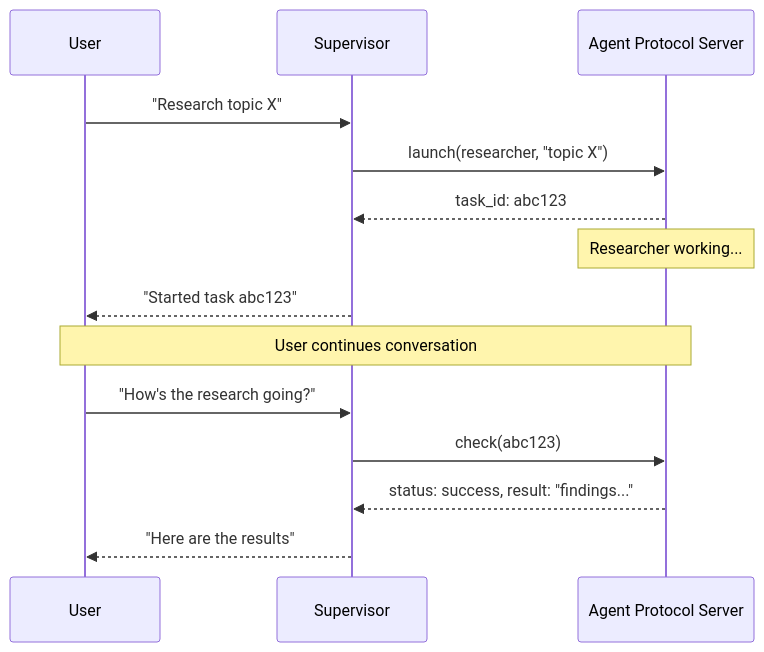
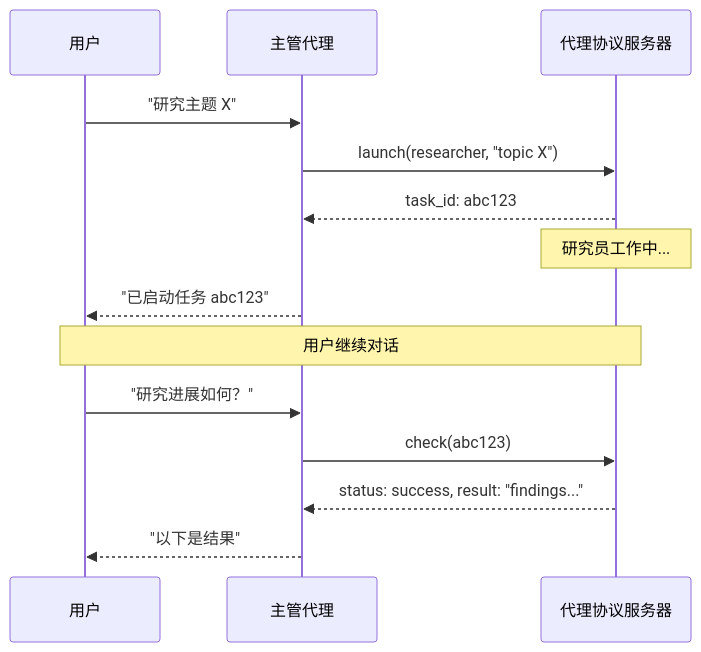
Before and after one commit to kunfan96/cndocs-langchain: the second of 2 diagrams in oss/python/deepagents/async-subagents.mdx, drawn with Mermaid. The commit also changed other lines of this file and 2498 other files, not shown here.

````diff
--- a/oss/python/deepagents/async-subagents.mdx
+++ b/oss/python/deepagents/async-subagents.mdx
@@ -112,21 +112,21 @@
 ```mermaid
 sequenceDiagram
-    participant User
-    participant Supervisor
-    participant Platform as Agent Protocol Server
+    participant User as 用户
+    participant Supervisor as 主管代理
+    participant Platform as 代理协议服务器
 
-    User->>Supervisor: "Research topic X"
+    User->>Supervisor: "研究主题 X"
     Supervisor->>Platform: launch(researcher, "topic X")
     Platform-->>Supervisor: task_id: abc123
 
-    Note over Platform: Researcher working...
+    Note over Platform: 研究员工作中...
 
-    Supervisor-->>User: "Started task abc123"
+    Supervisor-->>User: "已启动任务 abc123"
 
-    Note over User,Platform: User continues conversation
+    Note over User,Platform: 用户继续对话
 
-    User->>Supervisor: "How's the research going?"
+    User->>Supervisor: "研究进展如何？"
     Supervisor->>Platform: check(abc123)
     Platform-->>Supervisor: status: success, result: "findings..."
-    Supervisor-->>User: "Here are the results"
+    Supervisor-->>User: "以下是结果"
 ```
````
